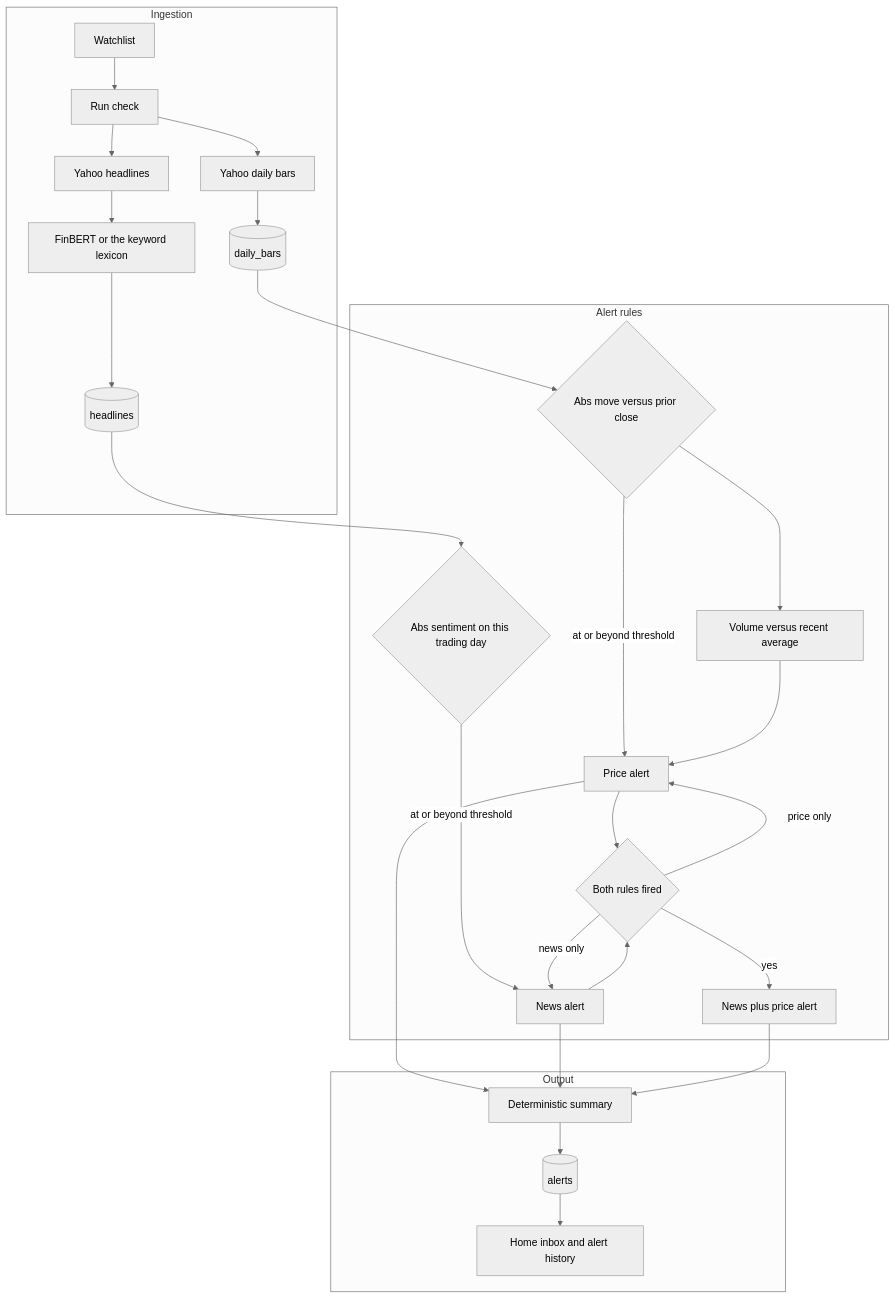
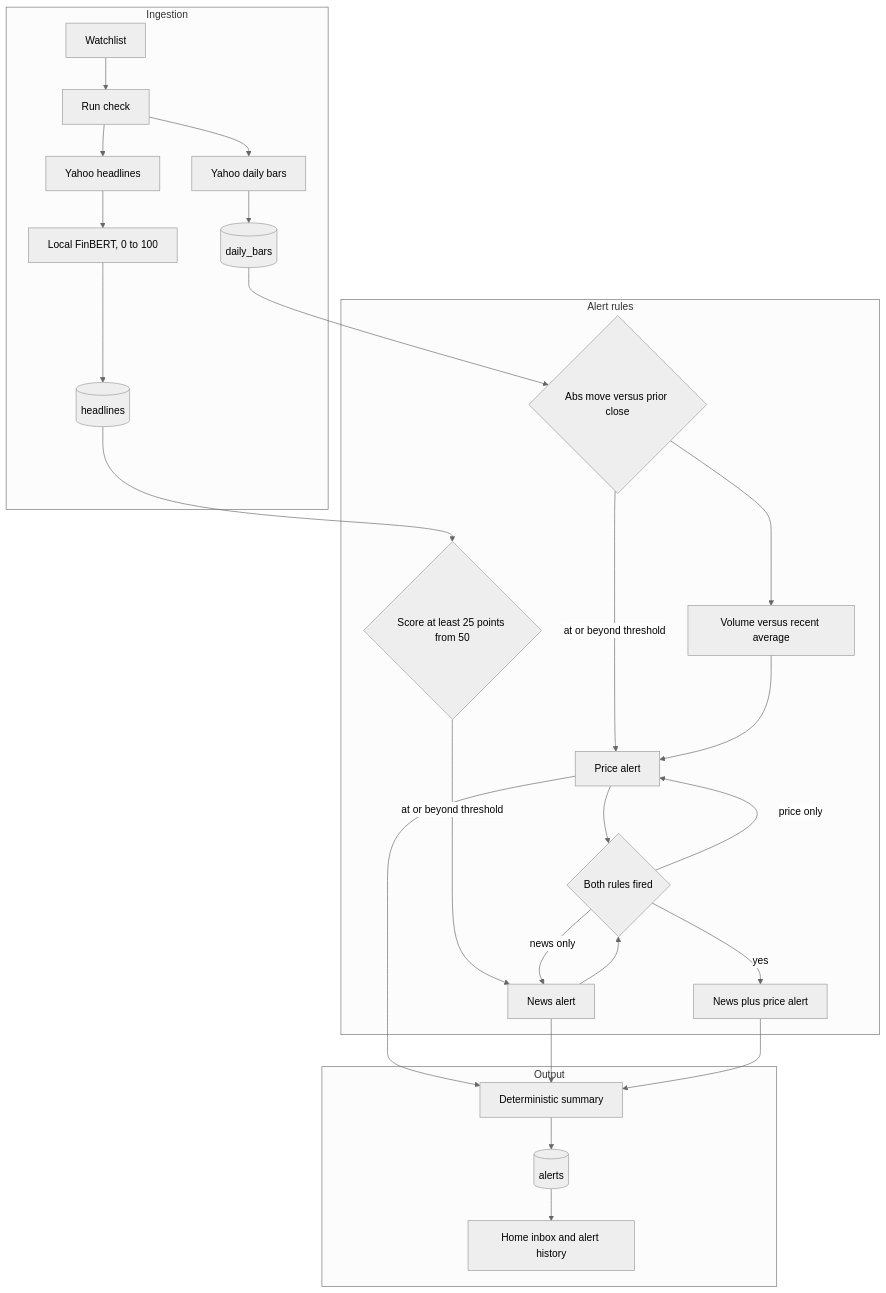
Before and after one commit to sameerde4/ticker-alert-system: the first of 5 diagrams in docs/architecture.md, drawn with Mermaid (neutral theme). The commit also changed other lines of this file and 3 other files, not shown here.

````diff
--- a/docs/architecture.md
+++ b/docs/architecture.md
@@ -73,33 +73,33 @@
 ```mermaid
 flowchart TB
     subgraph ingest [Ingestion]
         WL[Watchlist] --> RUN[Run check]
         RUN --> PX[Yahoo daily bars]
         RUN --> NW[Yahoo headlines]
         PX --> BARS[(daily_bars)]
-        NW --> SCORE[FinBERT or the keyword lexicon]
+        NW --> SCORE[Local FinBERT, 0 to 100]
         SCORE --> NEWS[(headlines)]
     end
 
     subgraph rules [Alert rules]
         BARS --> PRICE{Abs move versus prior close}
         PRICE -->|at or beyond threshold| PA[Price alert]
         PRICE --> VOL[Volume versus recent average]
         VOL --> PA
-        NEWS --> NA{Abs sentiment on this trading day}
+        NEWS --> NA{Score at least 25 points from 50}
         NA -->|at or beyond threshold| NEWSALERT[News alert]
         PA --> ONE{Both rules fired}
         NEWSALERT --> ONE
         ONE -->|yes| FA[News plus price alert]
         ONE -->|price only| PA
         ONE -->|news only| NEWSALERT
     end
 
     subgraph out [Output]
         PA --> SUM[Deterministic summary]
         NEWSALERT --> SUM
         FA --> SUM
         SUM --> ALERTS[(alerts)]
         ALERTS --> UI[Home inbox and alert history]
     end
 ```
````
